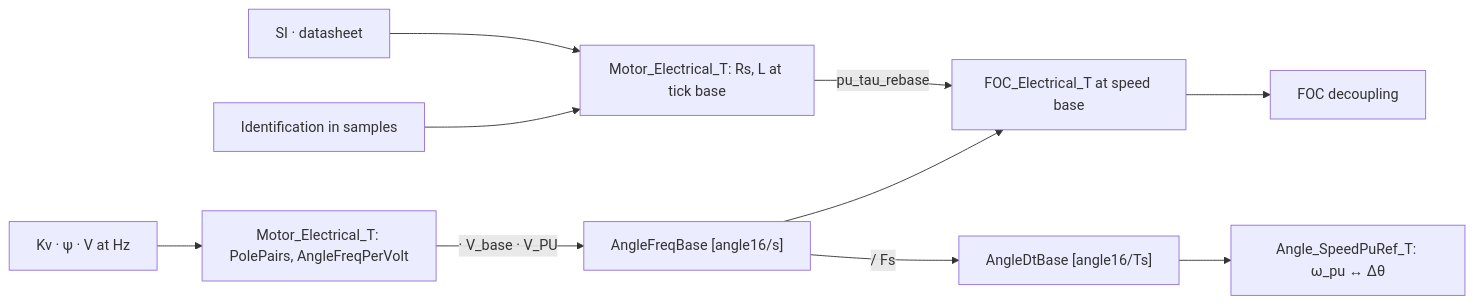
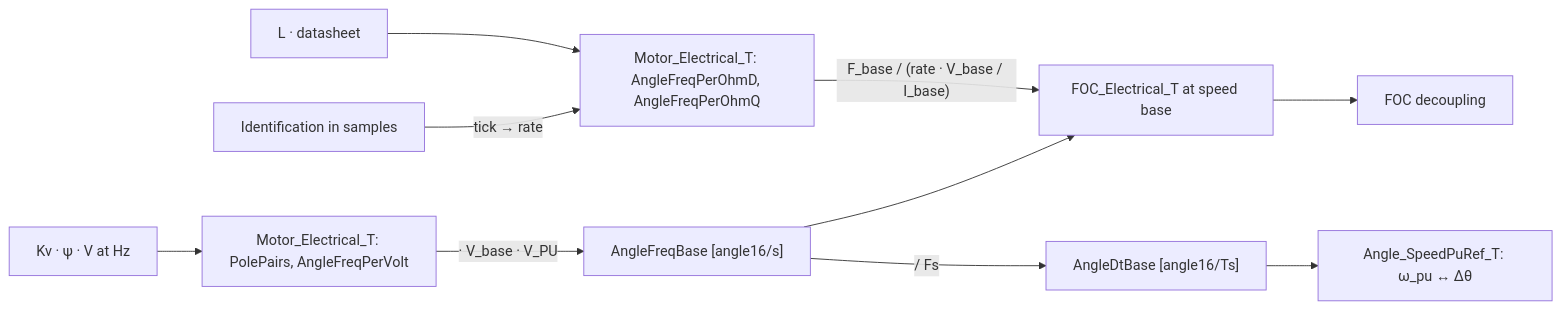
The diagram in Motor/Motor/Math/_.md (FireSourcery/FireSourcery_Library), drawn with Mermaid before and after one commit. The commit also changed other lines of this file and 10 other files, not shown here.

````diff
--- a/Motor/Motor/Math/_.md
+++ b/Motor/Motor/Math/_.md
@@ -21,12 +21,12 @@
 ```mermaid
 flowchart LR
     Entry["Kv · ψ · V at Hz"] --> Rate["Motor_Electrical_T: PolePairs, AngleFreqPerVolt"]
-    SI["SI · datasheet"] --> Tick["Motor_Electrical_T: Rs, L at tick base"]
-    ID["Identification in samples"] --> Tick
+    SI["L · datasheet"] --> RateL["Motor_Electrical_T: AngleFreqPerOhmD, AngleFreqPerOhmQ"]
+    ID["Identification in samples"] -->|"tick → rate"| RateL
     Rate -->|"· V_base · V_PU"| AFB["AngleFreqBase [angle16/s]"]
-    Tick -->|pu_tau_rebase| Base["FOC_Electrical_T at speed base"]
+    RateL -->|"F_base / (rate · V_base / I_base)"| Base["FOC_Electrical_T at speed base"]
     AFB --> Base
     Base --> FOC["FOC decoupling"]
     AFB -->|"/ Fs"| ADB["AngleDtBase [angle16/Ts]"]
     ADB --> Ref["Angle_SpeedPuRef_T: ω_pu ↔ Δθ"]
 ```
````
